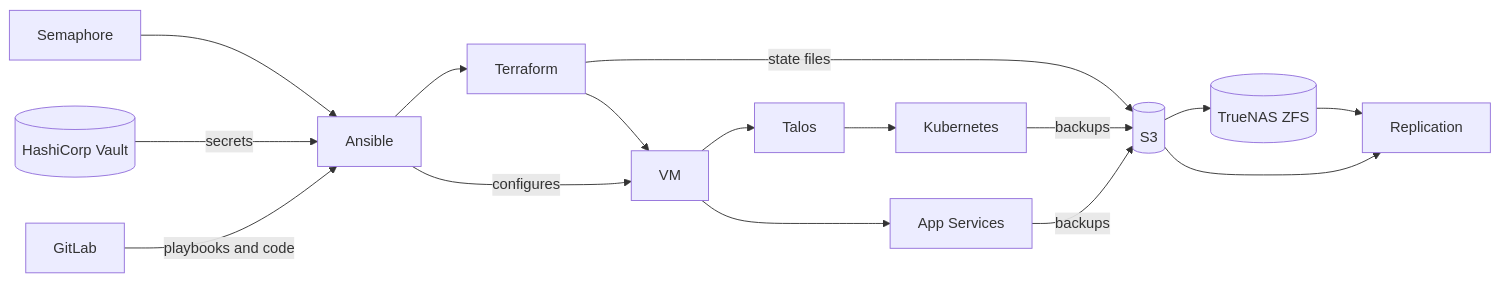
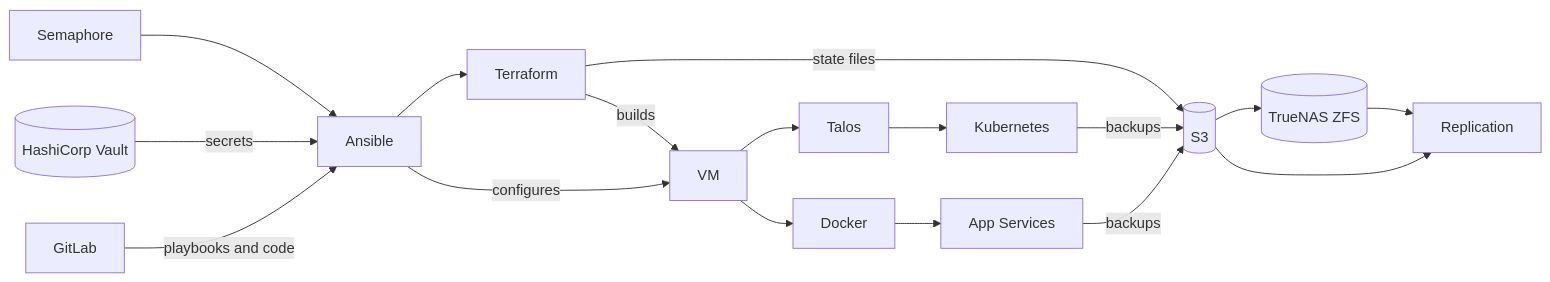
One commit to ColtonDx/Homelab-Github changed the diagram in design.md. Above: the diagram before and after it, drawn with Mermaid.

````diff
--- a/design.md
+++ b/design.md
@@ -65,18 +65,20 @@
 ```mermaid
 flowchart LR
     semaphore[Semaphore] --> ansible[Ansible]
     vault[(HashiCorp Vault)] -->|secrets| ansible
     gitlab[GitLab] -->|playbooks and code| ansible
     ansible --> terraform[Terraform]
     terraform -->|state files| s3[(S3)]
-    terraform --> vm[VM]
+    terraform -->|builds| vm[VM]
     ansible -->|configures| vm
-    vm --> apps[App Services]
+    vm --> docker[Docker]
+    docker --> apps[App Services]
     vm --> talos[Talos]
     talos --> k8s[Kubernetes]
     k8s -->|backups| s3
     apps -->|backups| s3
     s3 --> zfs[(TrueNAS ZFS)]
     zfs --> replication[Replication]
     s3 --> replication
+
 ```
````
